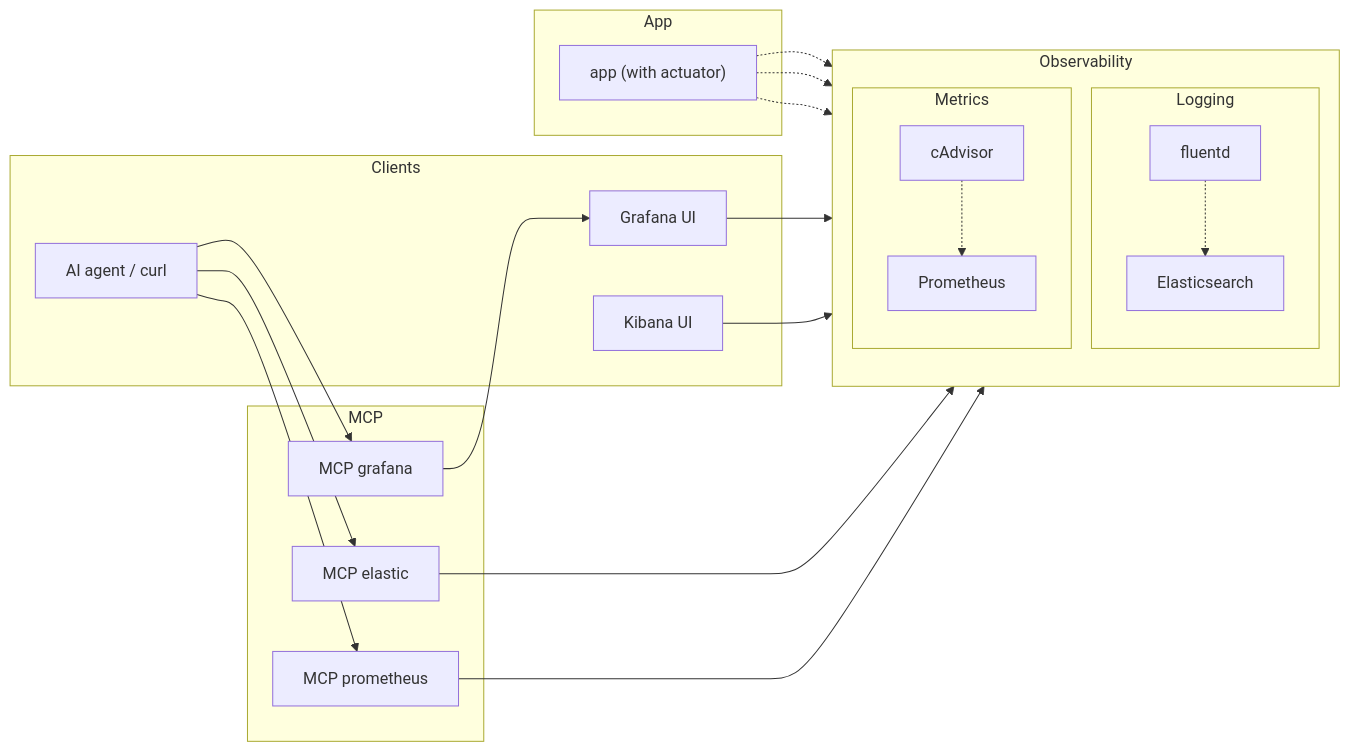
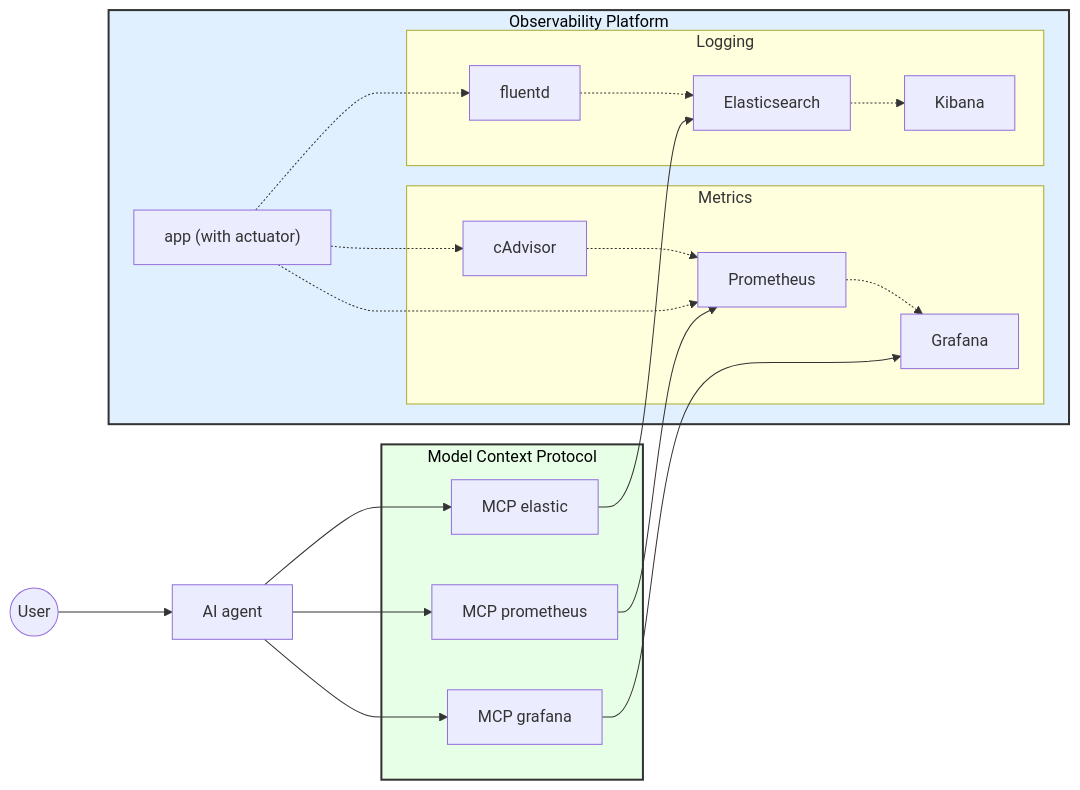
Before and after one commit to sheyko94/mcpo: the diagram in README.md, drawn with Mermaid. The commit also changed other lines of this file and 3 other files, not shown here.

Commit message:
mcp client WIP

````diff
--- a/README.md
+++ b/README.md
@@ -9,58 +9,60 @@
 ```mermaid
+flowchart LR
+  %% Styling
+  classDef observability fill:#e0f0ff,stroke:#333,stroke-width:2px,color:#000
+  classDef mcp fill:#e6ffe6,stroke:#333,stroke-width:2px,color:#000
 
-flowchart LR
+  %% Left side: Observability Platform
+  subgraph Observability[Observability Platform]
+    app["app (with actuator)"]
+    
+    subgraph Metrics
+      cadvisor["cAdvisor"]
+      prom["Prometheus"]
+      graf["Grafana"]
+    end
 
-  %% Column 1: Clients
-  subgraph Clients
-    client["AI agent / curl"]
-    graf["Grafana UI"]
-    kib["Kibana UI"]
+    subgraph Logging
+      fluentd["fluentd"]
+      es["Elasticsearch"]
+      kib["Kibana"]
+    end
+
+    %% Internal observability connections
+    app -.-> fluentd
+    app -.-> cadvisor
+    cadvisor -.-> prom
+    app -.-> prom
+    fluentd -.-> es
+    prom -.-> graf
+    es -.-> kib
   end
 
-  %% Column 2: MCP
-  subgraph MCP
+  %% Middle: MCP Layer
+  subgraph MCP[Model Context Protocol]
+    mcp_prom["MCP prometheus"]
     mcp_es["MCP elastic"]
-    mcp_prom["MCP prometheus"]
     mcp_graf["MCP grafana"]
   end
 
-  %% Column 3: Observability (Logging + Metrics)
-  subgraph Observability
-    direction TB
-    subgraph Logging
-      fluentd["fluentd"]
-      es["Elasticsearch"]
-    end
-    subgraph Metrics
-      cadvisor["cAdvisor"]
-      prom["Prometheus"]
-    end
-  end
+  %% Right side: Standalone elements
+  user(("User"))
+  agent["AI agent"]
+  user --> agent
 
-  %% Column 4: App
-  subgraph App
-    app["app (with actuator)"]
-  end
-
-  %% Sends (dotted)
-  app -.-> fluentd
-  fluentd -.-> es
-  cadvisor -.-> prom
-  app -.-> prom
-  app -.-> cadvisor
-
-  %% Queries (solid)
-  graf --> prom
-  kib --> es
-  client --> mcp_es
-  client --> mcp_prom
-  client --> mcp_graf
+  %% Cross-layer connections
   mcp_es --> es
   mcp_prom --> prom
   mcp_graf --> graf
+  
+  agent --> mcp_es & mcp_prom & mcp_graf
+
+  %% Apply styles
+  class Observability observability
+  class MCP mcp
 
 
 
 
 
 ```
````
